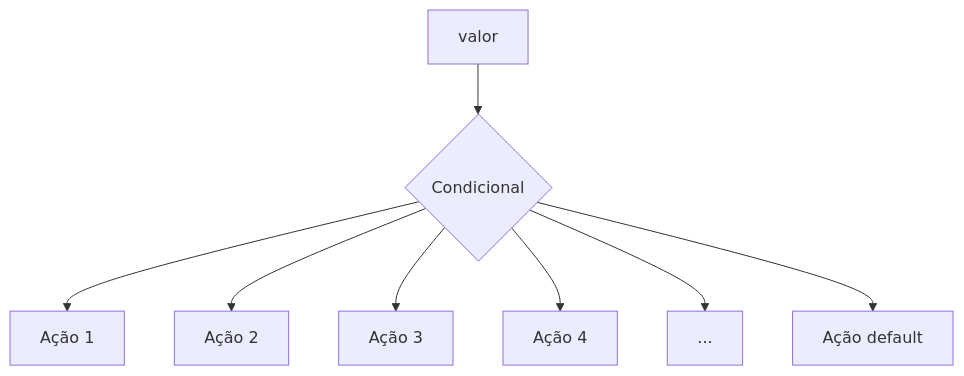
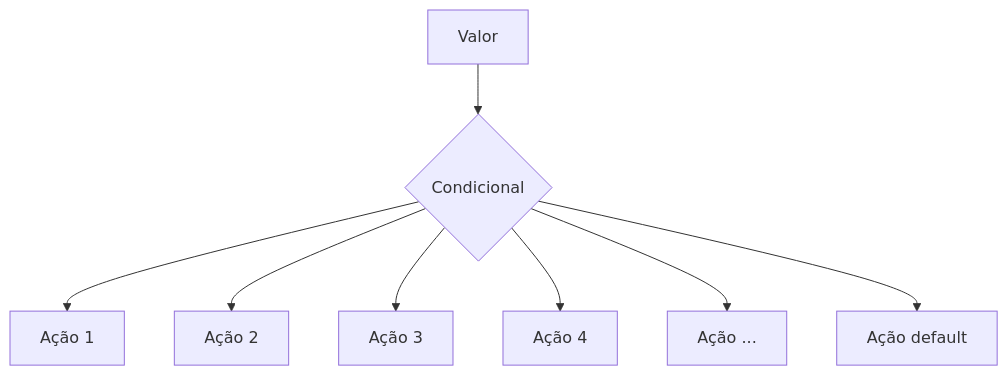
The fifth of 18 diagrams in README.md (FelipeScalfi/BackEnd), drawn with Mermaid before and after one commit. The commit also changed other lines of this file and 12 other files, not shown here.

````diff
--- a/README.md
+++ b/README.md
@@ -322,12 +330,12 @@
 ```mermaid
 
 graph TD
-    A[valor] --> B{Condicional}
+    A[Valor] --> B{Condicional}
     B --> C[Ação 1]
     B --> D[Ação 2]
     B --> E[Ação 3]
     B --> F[Ação 4]
-    B --> G[...]
+    B --> G[Ação ...]
     B --> H[Ação default]
-    
+
 ```
````
